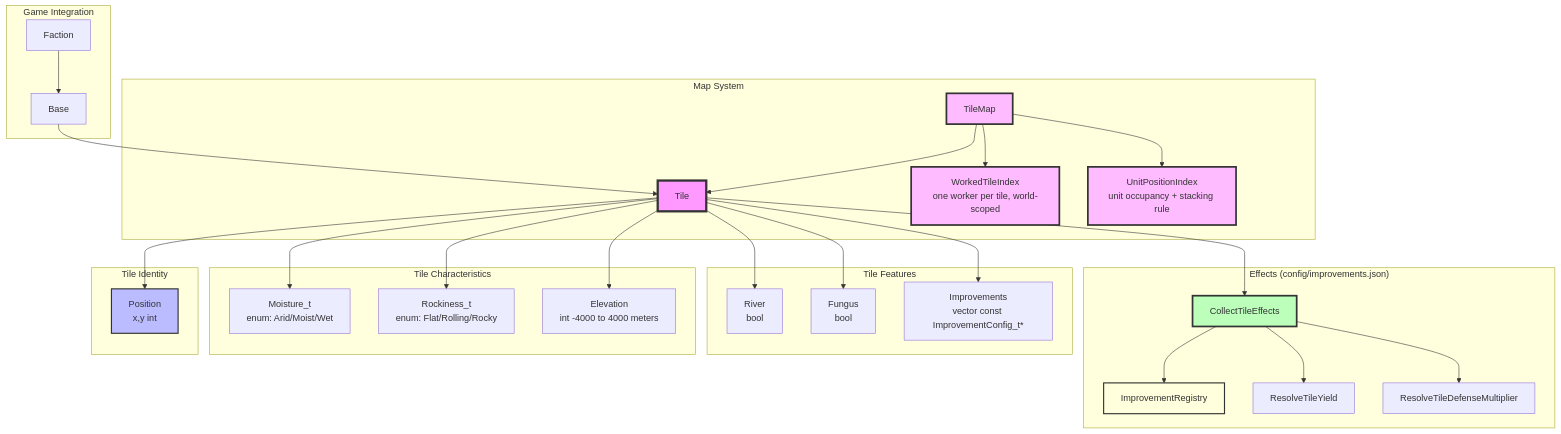
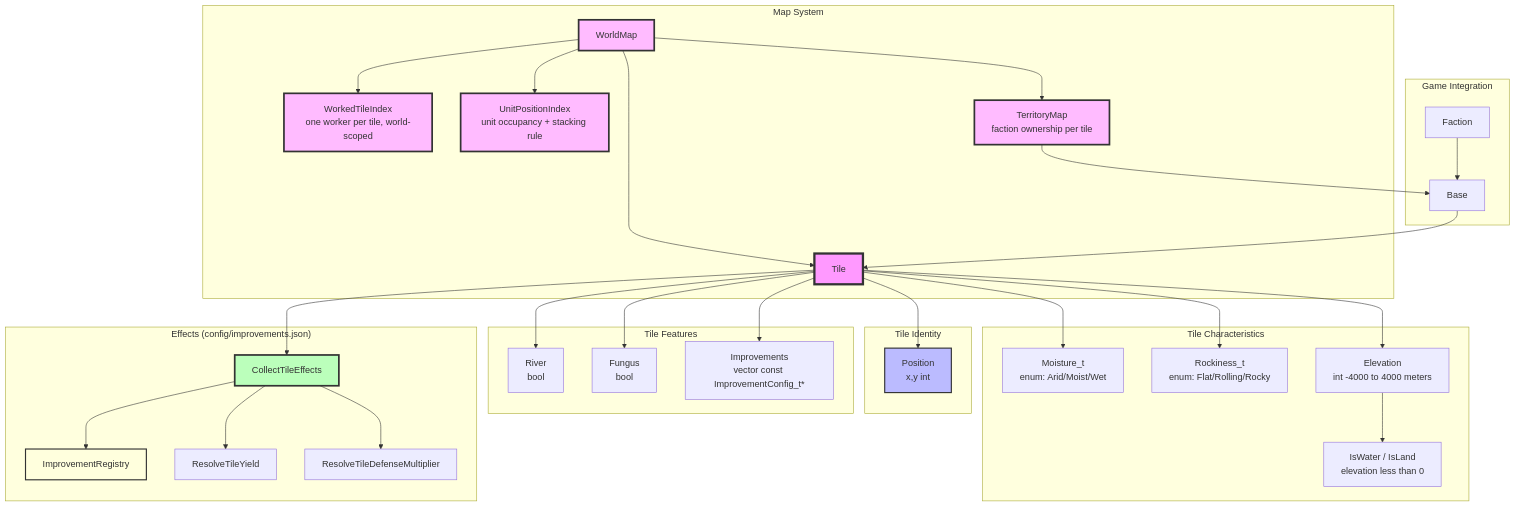
One commit to kilianloftis/alpha-centauri changed the first of 2 diagrams in docs/architecture/map-system.md. Above: the diagram before and after it, drawn with Mermaid. The commit also changed other lines of this file and 24 other files, not shown here.

````diff
--- a/docs/architecture/map-system.md
+++ b/docs/architecture/map-system.md
@@ -3,62 +3,68 @@
 ```mermaid
 graph TB
     subgraph "Map System"
-        TileMap[TileMap]
+        WorldMap[WorldMap]
         Tile[Tile]
         WorkedTileIndex[WorkedTileIndex<br/>one worker per tile, world-scoped]
         UnitPositionIndex[UnitPositionIndex<br/>unit occupancy + stacking rule]
+        TerritoryMap[TerritoryMap<br/>faction ownership per tile]
     end
 
     subgraph "Tile Identity"
         Position[Position<br/>x,y int]
     end
 
     subgraph "Tile Characteristics"
         Moisture_t[Moisture_t<br/>enum: Arid/Moist/Wet]
         Rockiness_t[Rockiness_t<br/>enum: Flat/Rolling/Rocky]
         Elevation[Elevation<br/>int -4000 to 4000 meters]
+        LandSea[IsWater / IsLand<br/>elevation less than 0]
     end
 
     subgraph "Tile Features"
         River[River<br/>bool]
         Fungus[Fungus<br/>bool]
         Improvements[Improvements<br/>vector const ImprovementConfig_t*]
     end
 
     subgraph "Effects (config/improvements.json)"
         ImprovementRegistry[ImprovementRegistry]
         CollectTileEffects[CollectTileEffects]
         ResolveTileYield[ResolveTileYield]
         ResolveTileDefenseMultiplier[ResolveTileDefenseMultiplier]
     end
 
     subgraph "Game Integration"
         Base[Base]
         Faction[Faction]
     end
 
-    TileMap --> Tile
-    TileMap --> WorkedTileIndex
-    TileMap --> UnitPositionIndex
+    WorldMap --> Tile
+    WorldMap --> WorkedTileIndex
+    WorldMap --> UnitPositionIndex
+    WorldMap --> TerritoryMap
     Tile --> Position
     Tile --> Moisture_t
     Tile --> Rockiness_t
     Tile --> Elevation
+    Elevation --> LandSea
     Tile --> River
     Tile --> Fungus
     Tile --> Improvements
     Tile --> CollectTileEffects
     CollectTileEffects --> ImprovementRegistry
     CollectTileEffects --> ResolveTileYield
     CollectTileEffects --> ResolveTileDefenseMultiplier
+    TerritoryMap --> Base
     Base --> Tile
     Faction --> Base
 
     style Tile fill:#f9f,stroke:#333,stroke-width:4px
-    style TileMap fill:#fbf,stroke:#333,stroke-width:3px
+    style WorldMap fill:#fbf,stroke:#333,stroke-width:3px
     style Position fill:#bbf,stroke:#333,stroke-width:2px
     style WorkedTileIndex fill:#fbf,stroke:#333,stroke-width:3px
     style UnitPositionIndex fill:#fbf,stroke:#333,stroke-width:3px
+    style TerritoryMap fill:#fbf,stroke:#333,stroke-width:3px
     style ImprovementRegistry fill:#ffd,stroke:#333,stroke-width:2px
     style CollectTileEffects fill:#bfb,stroke:#333,stroke-width:3px
 ```
````
